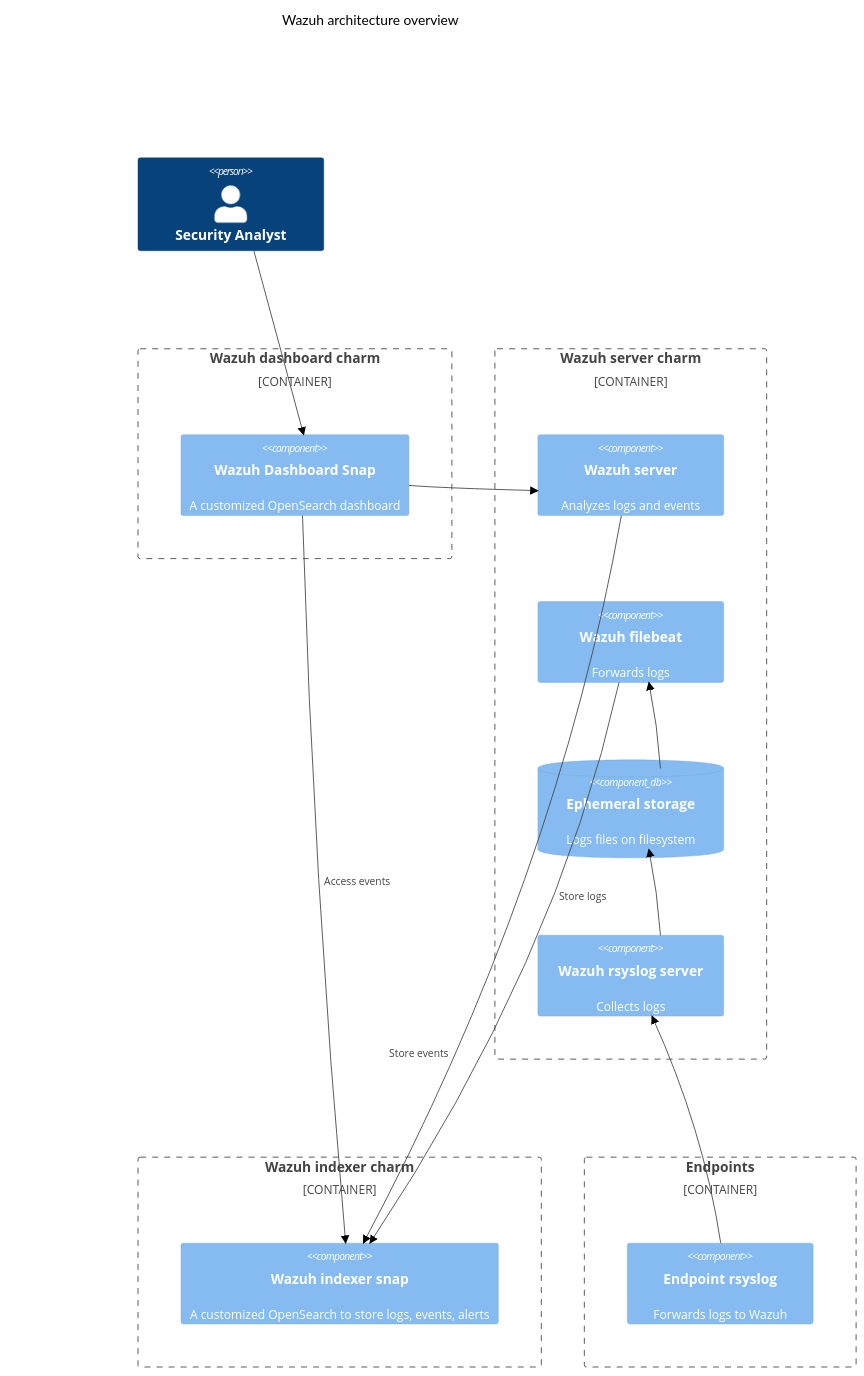
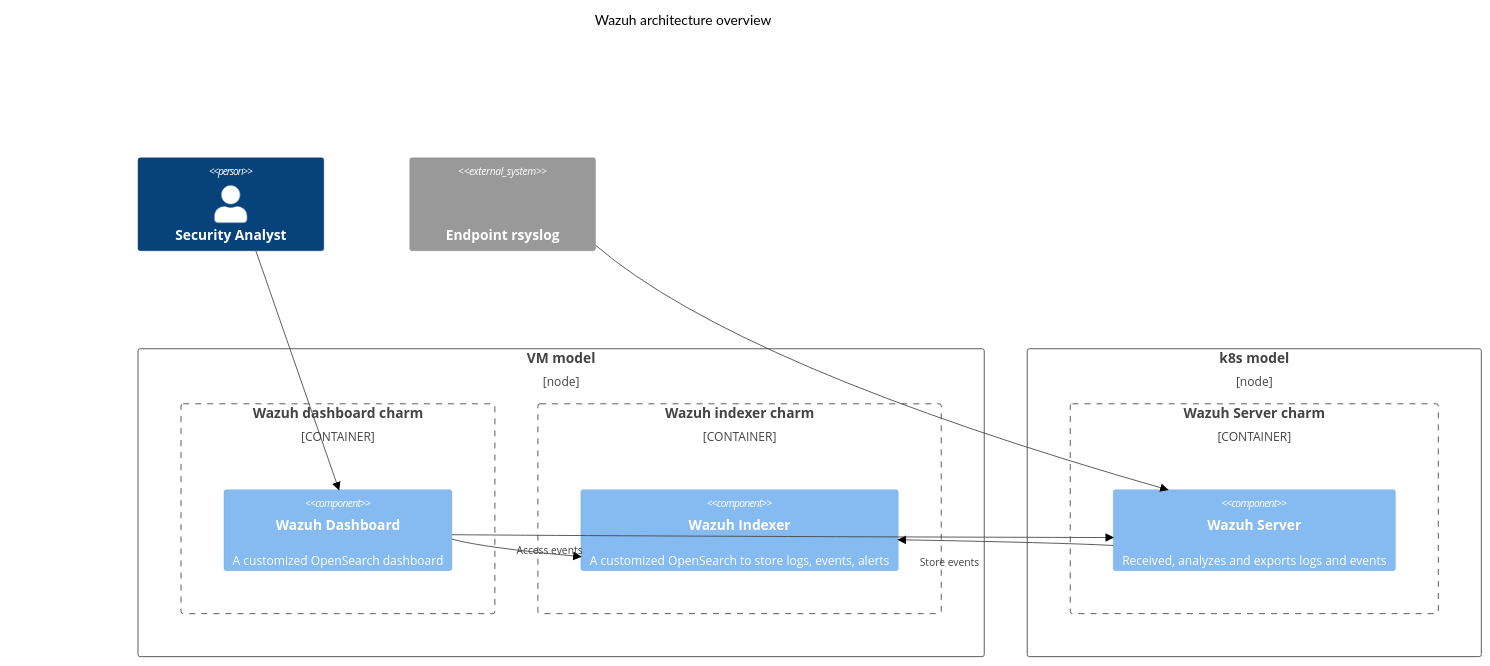
One commit to canonical/wazuh-server-operator changed the diagram in docs/explanation/architecture-overview.md. Above: the diagram before and after it, drawn with Mermaid (forest theme). The commit also changed 2 other files, not shown here.

Commit message:
Split architecture diagrams (#208)

````diff
--- a/docs/explanation/architecture-overview.md
+++ b/docs/explanation/architecture-overview.md
@@ -7,42 +7,33 @@
 ```mermaid
 C4Context
 title Wazuh architecture overview
 
 Person(security-analyst, "Security Analyst", "")
 Rel(security-analyst, wazuh-dashboard, "")
 
-Container_Boundary(wazuh-dashboard, "Wazuh dashboard charm") {
-    Component(wazuh-dashboard, "Wazuh Dashboard Snap", "","A customized OpenSearch dashboard")
+Deployment_Node(vm-model, "VM model") {
+  Container_Boundary(wazuh-dashboard, "Wazuh dashboard charm") {
+    Component(wazuh-dashboard, "Wazuh Dashboard", "","A customized OpenSearch dashboard")
+  }
+  Container_Boundary(wazuh-indexer, "Wazuh indexer charm") {
+    Component(wazuh-indexer, "Wazuh Indexer", "","A customized OpenSearch to store logs, events, alerts")
+  }
 }
 
-
-Container_Boundary(synapse, "Wazuh server charm") {
-  Component(wazuh-server, "Wazuh server", "", "Analyzes logs and events")
-  Component(wazuh-filebeat, "Wazuh filebeat", "", "Forwards logs")
-  ComponentDb(filesystem, "Ephemeral storage", "", "Logs files on filesystem")
-  Component(wazuh-rsyslog, "Wazuh rsyslog server", "", "Collects logs")
-  Rel(wazuh-rsyslog, filesystem,"")
-  Rel(filesystem, wazuh-filebeat, "")
-}
-Rel(wazuh-filebeat, wazuh-indexer,"Store logs")
-
-Container_Boundary(wazuh-indexer, "Wazuh indexer charm") {
-    Component(wazuh-indexer, "Wazuh indexer snap", "","A customized OpenSearch to store logs, events, alerts")
+Deployment_Node(k8s-model, "k8s model") {
+  Container_Boundary(wazuh-server, "Wazuh Server charm") {
+    Component(wazuh-server, "Wazuh Server", "", "Received, analyzes and exports logs and events")
+  }
 }
 
-
-Container_Boundary(endpoints, "Endpoints") {
-    Component(endpoint-rsyslog, "Endpoint rsyslog", "","Forwards logs to Wazuh")
-}
-
+System_Ext(endpoint-rsyslog, "Endpoint rsyslog", "","Forwards logs to Wazuh")
 
 Rel(wazuh-server, wazuh-indexer, "Store events")
 Rel(wazuh-dashboard, wazuh-indexer, "Access events")
 Rel(wazuh-dashboard, wazuh-server, "")
-Rel(endpoint-rsyslog, wazuh-rsyslog, "")
+Rel(endpoint-rsyslog, wazuh-server, "")
 
-UpdateRelStyle(wazuh-server, wazuh-indexer, $offsetX="-120", $offsetY="200")
-UpdateRelStyle(wazuh-filebeat, wazuh-indexer, $offsetX="75", $offsetY="-80")
+UpdateRelStyle(wazuh-server, wazuh-indexer, $offsetX="-100", $offsetY="20")
 
 UpdateLayoutConfig($c4ShapeInRow="2", $c4BoundaryInRow="2")
 ```
````
